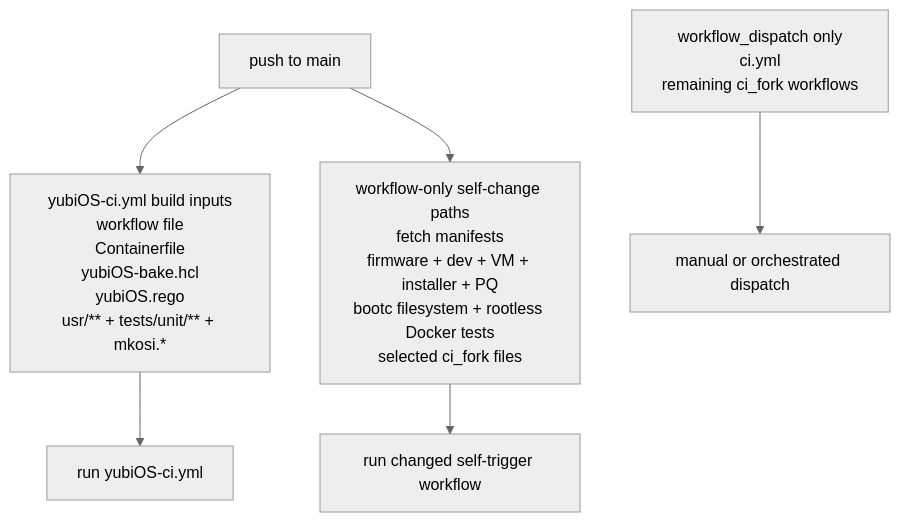
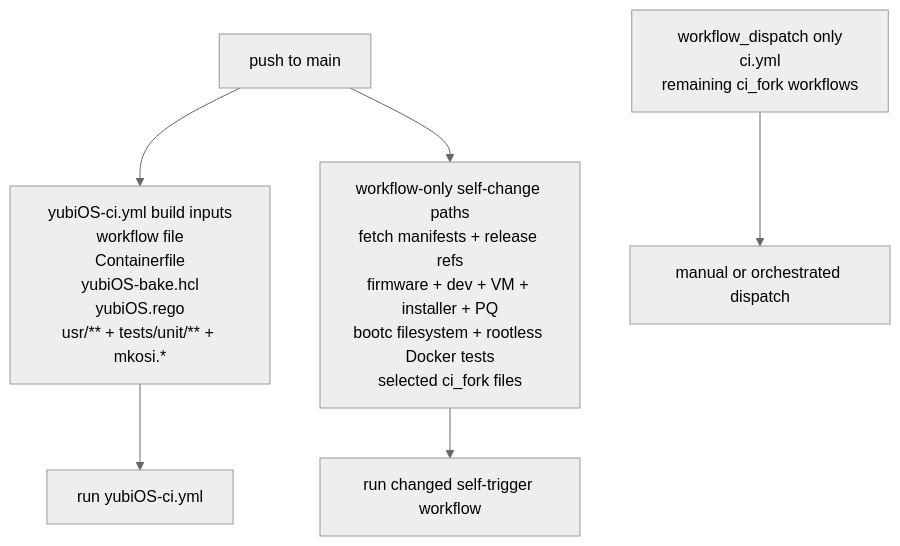
Before and after one commit to corning-croak-cable/yubiOS: the sixth of 8 diagrams in CI_MAP.md, drawn with Mermaid (neutral theme). The commit also changed other lines of this file and 23 other files, not shown here.

Commit message:
Refresh released fork refs after repository re-forks

````diff
--- a/CI_MAP.md
+++ b/CI_MAP.md
@@ -212,14 +213,14 @@
 ```mermaid
 flowchart TD
     push_main["push to main"]
     yw_paths["yubiOS-ci.yml build inputs\nworkflow file\nContainerfile\nyubiOS-bake.hcl\nyubiOS.rego\nusr/** + tests/unit/** + mkosi.*"]
-    self_paths["workflow-only self-change paths\nfetch manifests\nfirmware + dev + VM + installer + PQ\nbootc filesystem + rootless Docker tests\nselected ci_fork files"]
+    self_paths["workflow-only self-change paths\nfetch manifests + release refs\nfirmware + dev + VM + installer + PQ\nbootc filesystem + rootless Docker tests\nselected ci_fork files"]
     dispatch_only["workflow_dispatch only\nci.yml\nremaining ci_fork workflows"]
     run_yw["run yubiOS-ci.yml"]
     run_self["run changed self-trigger workflow"]
     manual["manual or orchestrated dispatch"]
 
     push_main --> yw_paths --> run_yw
     push_main --> self_paths --> run_self
     dispatch_only --> manual
 ```
````
